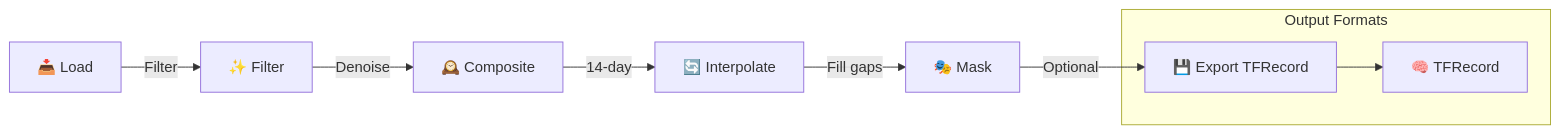
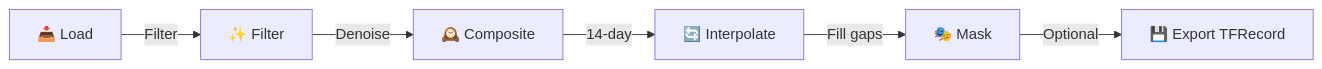
The first of 2 diagrams in README.md (Leads-DigiSaka-System/ai-planting-method), drawn with Mermaid before and after one commit. The commit also changed other lines of this file and 1 other file, not shown here.

````diff
--- a/README.md
+++ b/README.md
@@ -22,13 +22,8 @@
 ```mermaid
 graph LR
     A[📥 Load] -->|Filter| B[✨ Filter]
     B -->|Denoise| C[🕰️ Composite]
     C -->|14-day| D[🔄 Interpolate]
     D -->|Fill gaps| E[🎭 Mask]
     E -->|Optional| F[💾 Export TFRecord]
-    
-    subgraph "Output Formats"
-        F1[🧠 TFRecord]
-        F --> F1
-    end
 ```
````
